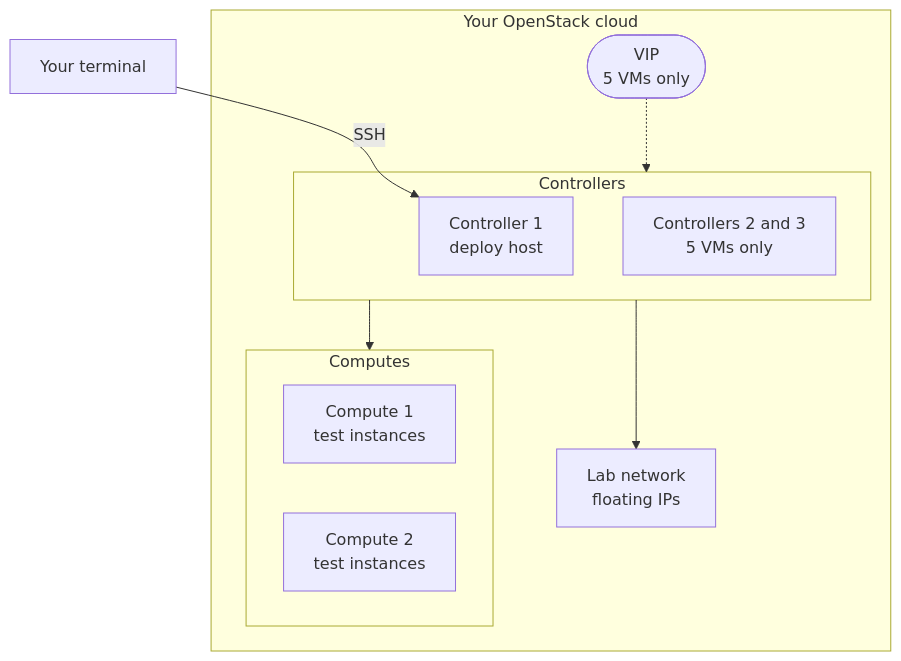
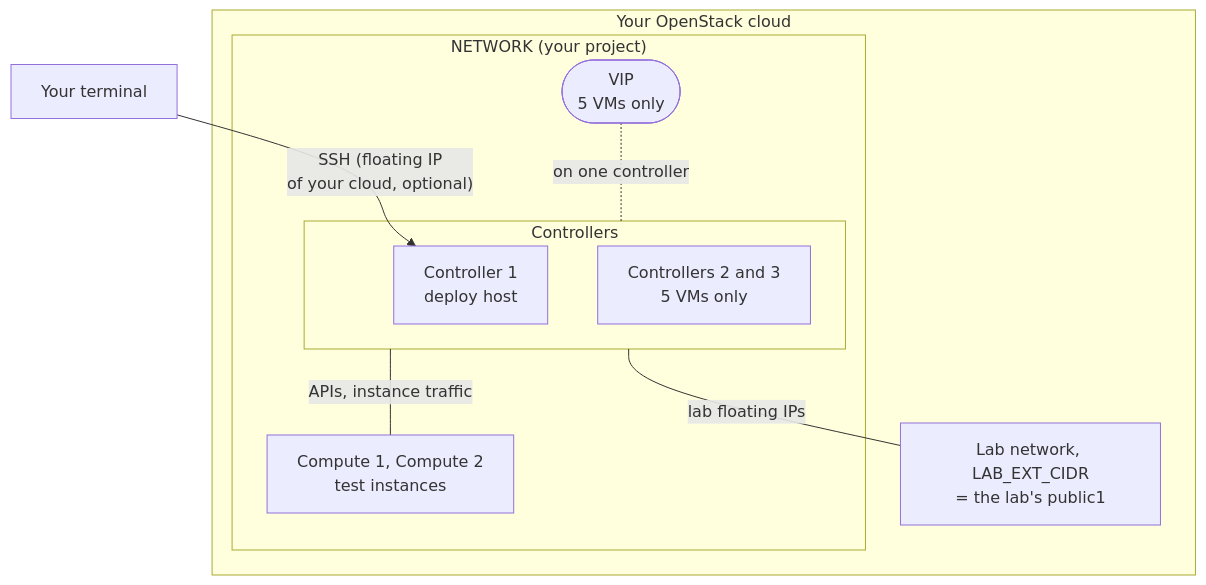
Before and after one commit to OzarLand/openstack-quick-lab: the diagram in variants/openstack-cloud-multinode/README.md, drawn with Mermaid. The commit also changed other lines of this file and 8 other files, not shown here.

````diff
--- a/variants/openstack-cloud-multinode/README.md
+++ b/variants/openstack-cloud-multinode/README.md
@@ -25,19 +30,18 @@
 ```mermaid
 flowchart TB
-    you["Your terminal"] -- SSH --> ctl1
+    you["Your terminal"] -- "SSH (floating IP<br/>of your cloud, optional)" --> ctl1
     subgraph cloud["Your OpenStack cloud"]
-        vip(["VIP<br/>5 VMs only"])
-        subgraph ctls["Controllers"]
-            ctl1["Controller 1<br/>deploy host"]
-            ctl23["Controllers 2 and 3<br/>5 VMs only"]
+        subgraph net["NETWORK (your project)"]
+            vip(["VIP<br/>5 VMs only"])
+            subgraph ctls["Controllers"]
+                ctl1["Controller 1<br/>deploy host"]
+                ctl23["Controllers 2 and 3<br/>5 VMs only"]
+            end
+            cmps["Compute 1, Compute 2<br/>test instances"]
         end
-        subgraph cmps["Computes"]
-            cmp1["Compute 1<br/>test instances"]
-            cmp2["Compute 2<br/>test instances"]
-        end
-        ext["Lab network<br/>floating IPs"]
+        ext["Lab network, LAB_EXT_CIDR<br/>= the lab's public1"]
     end
-    vip -.-> ctls
-    ctls --> cmps
-    ctls --> ext
+    vip -. "on one controller" .- ctls
+    ctls -- "APIs, instance traffic" --- cmps
+    ctls -- "lab floating IPs" --- ext
 ```
````
